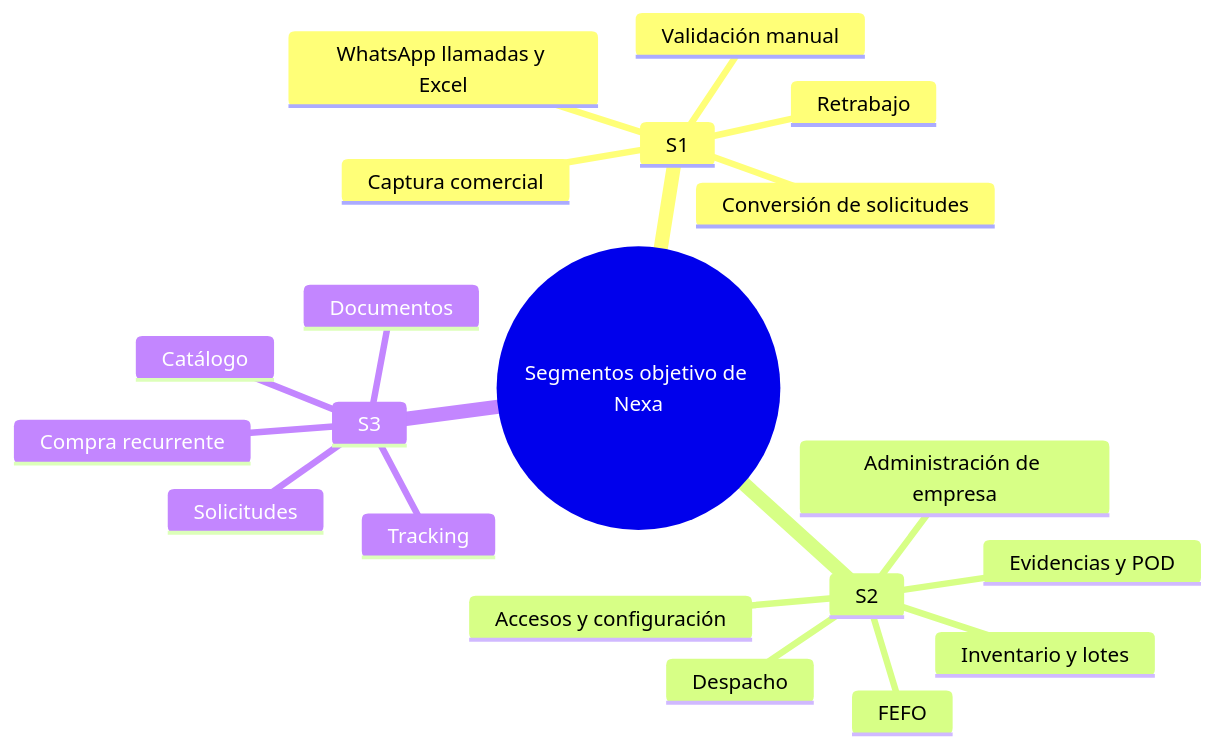
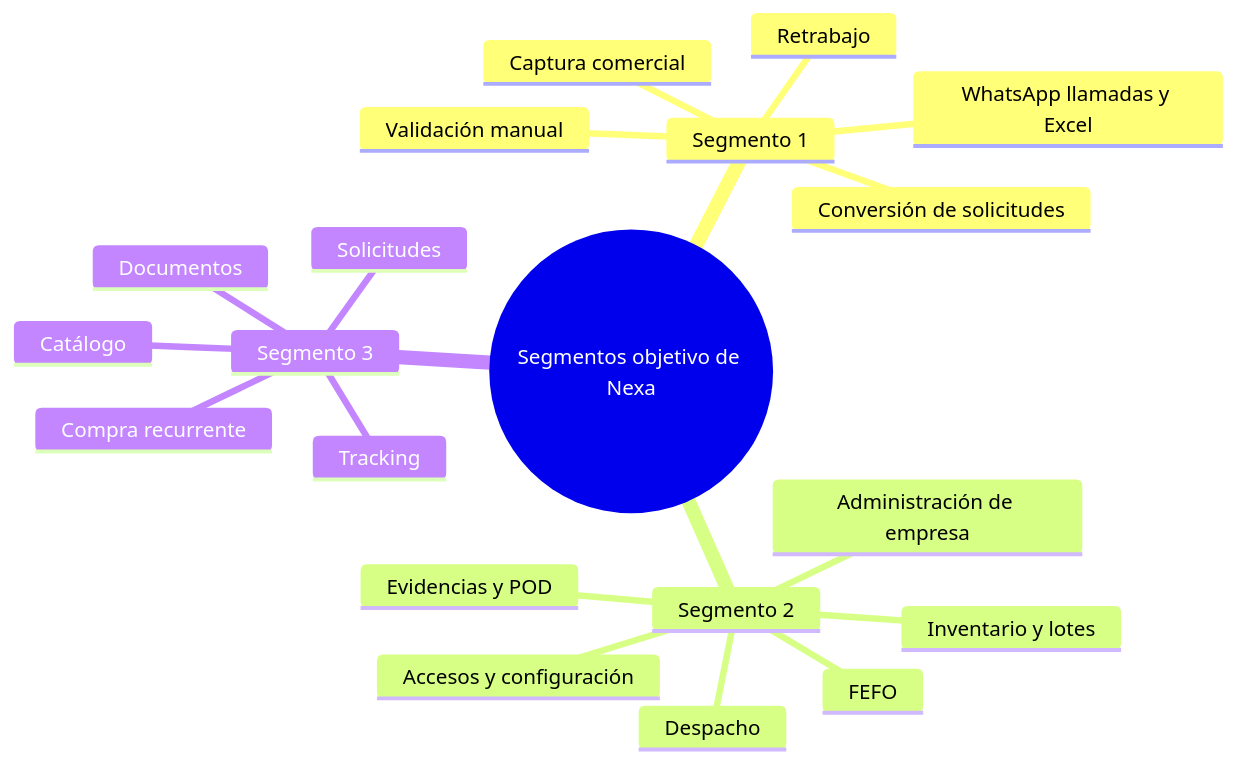
One commit to R0obxdnt-bit/nexa-ecosystem-report-v2 changed the third of 4 diagrams in report/10-chapter-1-introduction/1-3-target-segments.md. Above: the diagram before and after it, drawn with Mermaid. The commit also changed other lines of this file, not shown here.

````diff
--- a/report/10-chapter-1-introduction/1-3-target-segments.md
+++ b/report/10-chapter-1-introduction/1-3-target-segments.md
@@ -105,23 +105,23 @@
 ```mermaid
 mindmap
   root((Segmentos objetivo de Nexa))
-    S1
+    Segmento 1
       Captura comercial
       WhatsApp llamadas y Excel
       Validación manual
       Conversión de solicitudes
       Retrabajo
-    S2
+    Segmento 2
       Inventario y lotes
       FEFO
       Despacho
       Evidencias y POD
       Administración de empresa
       Accesos y configuración
-    S3
+    Segmento 3
       Compra recurrente
       Catálogo
       Solicitudes
       Tracking
       Documentos
 ```
````
